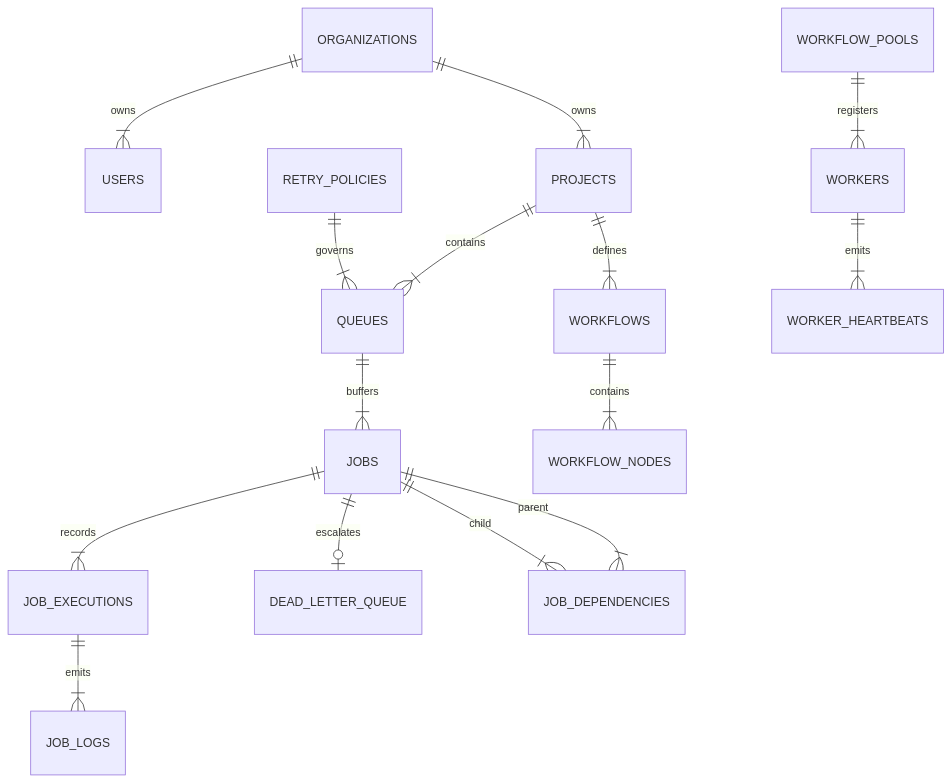
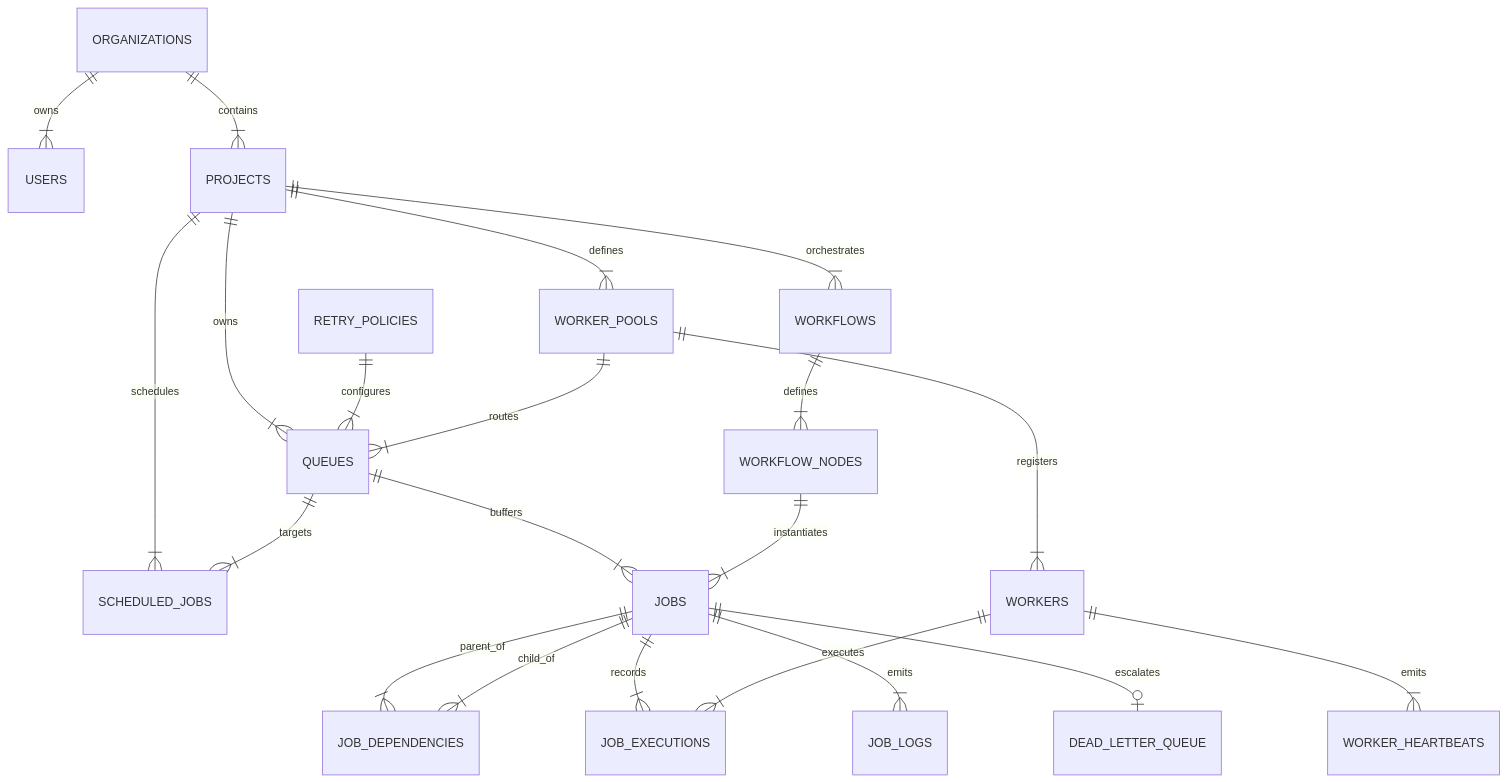
Before and after one commit to Lakshman2405/distributed-job-scheduler: the second of 2 diagrams in SUBMISSION_DOCUMENT.md, drawn with Mermaid. The commit also changed other lines of this file and 1 other file, not shown here.

Commit message:
docs: synchronize ER Diagram tables, specs, and SQL indexes across all markdown files

````diff
--- a/SUBMISSION_DOCUMENT.md
+++ b/SUBMISSION_DOCUMENT.md
@@ -169,17 +169,27 @@
 ```mermaid
 erDiagram
     ORGANIZATIONS ||--|{ USERS : owns
-    ORGANIZATIONS ||--|{ PROJECTS : owns
-    PROJECTS ||--|{ QUEUES : contains
-    PROJECTS ||--|{ WORKFLOWS : defines
-    WORKFLOW_POOLS ||--|{ WORKERS : registers
+    ORGANIZATIONS ||--|{ PROJECTS : contains
+    PROJECTS ||--|{ WORKER_POOLS : defines
+    PROJECTS ||--|{ QUEUES : owns
+    PROJECTS ||--|{ WORKFLOWS : orchestrates
+    PROJECTS ||--|{ SCHEDULED_JOBS : schedules
+    
+    RETRY_POLICIES ||--|{ QUEUES : configures
+    WORKER_POOLS ||--|{ QUEUES : routes
+    WORKER_POOLS ||--|{ WORKERS : registers
+    
     QUEUES ||--|{ JOBS : buffers
-    RETRY_POLICIES ||--|{ QUEUES : governs
-    WORKFLOWS ||--|{ WORKFLOW_NODES : contains
+    QUEUES ||--|{ SCHEDULED_JOBS : targets
+    WORKFLOWS ||--|{ WORKFLOW_NODES : defines
+    WORKFLOW_NODES ||--|{ JOBS : instantiates
+    
+    JOBS ||--|{ JOB_DEPENDENCIES : parent_of
+    JOBS ||--|{ JOB_DEPENDENCIES : child_of
     JOBS ||--|{ JOB_EXECUTIONS : records
-    JOB_EXECUTIONS ||--|{ JOB_LOGS : emits
+    JOBS ||--|{ JOB_LOGS : emits
+    JOBS ||--o| DEAD_LETTER_QUEUE : escalates
+    
     WORKERS ||--|{ WORKER_HEARTBEATS : emits
-    JOBS ||--o| DEAD_LETTER_QUEUE : escalates
-    JOBS ||--|{ JOB_DEPENDENCIES : parent
-    JOBS ||--|{ JOB_DEPENDENCIES : child
+    WORKERS ||--|{ JOB_EXECUTIONS : executes
 ```
````
